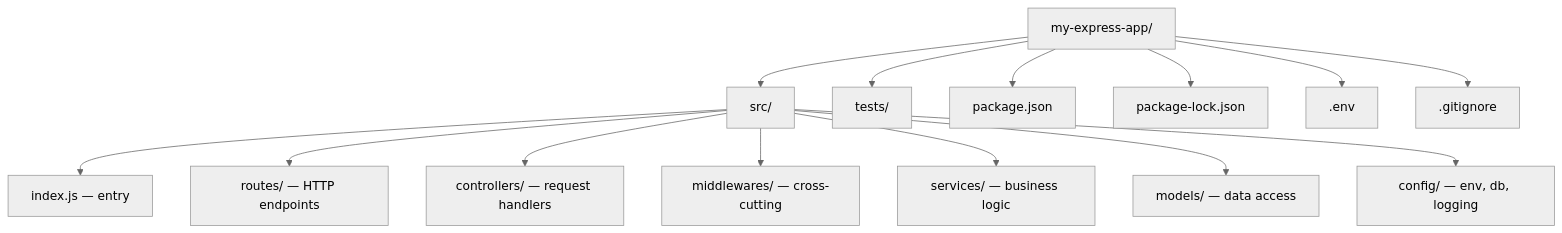
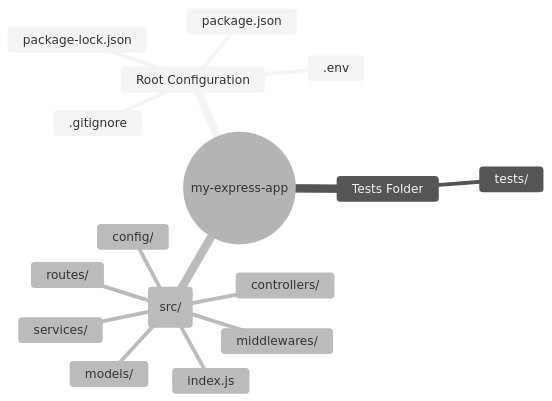
Before and after one commit to Vtheonly/Obsidian_Notes: the diagram in SWE/Backend/04 - Backend Engineering/03. Backend Frameworks/3.1. ExpressJS/3.1.1. Installing Express.js.md, drawn with Mermaid (neutral theme). The commit also changed 2650 other files, not shown here.

````diff
--- a/SWE/Backend/04 - Backend Engineering/03. Backend Frameworks/3.1. ExpressJS/3.1.1. Installing Express.js.md
+++ b/SWE/Backend/04 - Backend Engineering/03. Backend Frameworks/3.1. ExpressJS/3.1.1. Installing Express.js.md
@@ -91,17 +91,19 @@
 ```mermaid
-graph TD
-    Root["my-express-app/"]
-    Root --> Src["src/"]
-    Root --> Tests["tests/"]
-    Root --> Pkg["package.json"]
-    Root --> Lock["package-lock.json"]
-    Root --> Env[".env"]
-    Root --> Gitignore[".gitignore"]
-    Src --> Index["index.js — entry"]
-    Src --> Routes["routes/ — HTTP endpoints"]
-    Src --> Controllers["controllers/ — request handlers"]
-    Src --> Middlewares["middlewares/ — cross-cutting"]
-    Src --> Services["services/ — business logic"]
-    Src --> Models["models/ — data access"]
-    Src --> Config["config/ — env, db, logging"]
+mindmap
+  root((my-express-app))
+    Root Configuration
+      package.json
+      package-lock.json
+      .env
+      .gitignore
+    Tests Folder
+      tests/
+    Source Code (src/)
+      index.js
+      routes/
+      controllers/
+      middlewares/
+      services/
+      models/
+      config/
 ```
````
